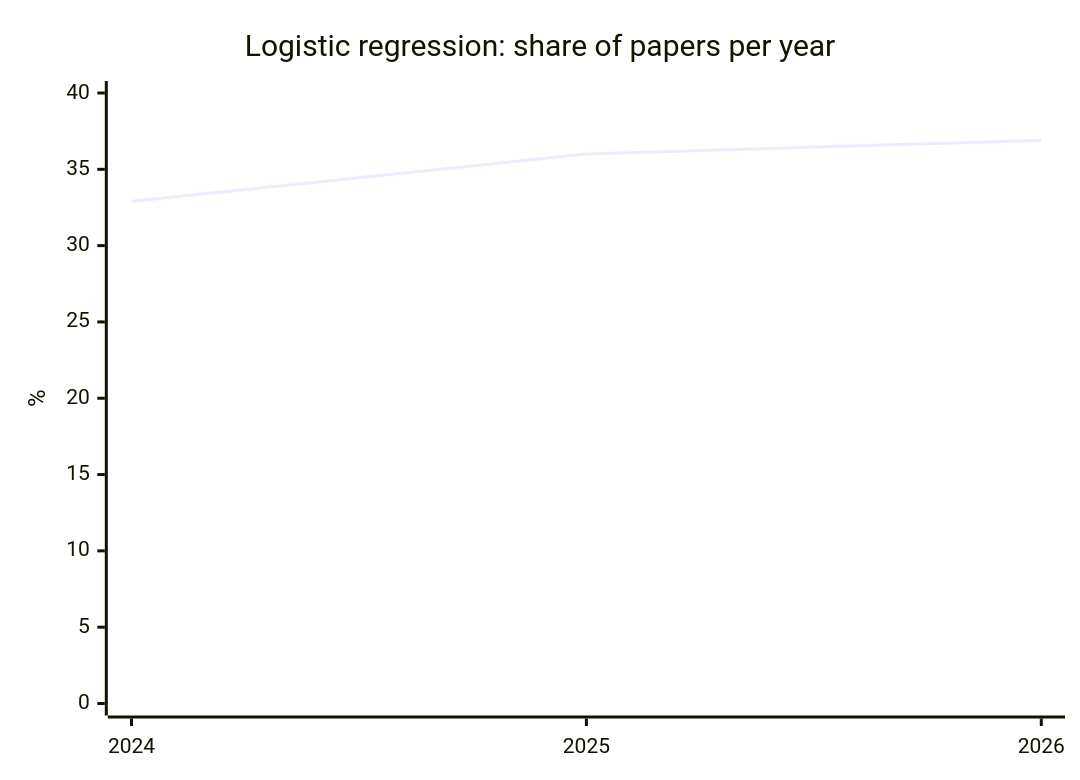
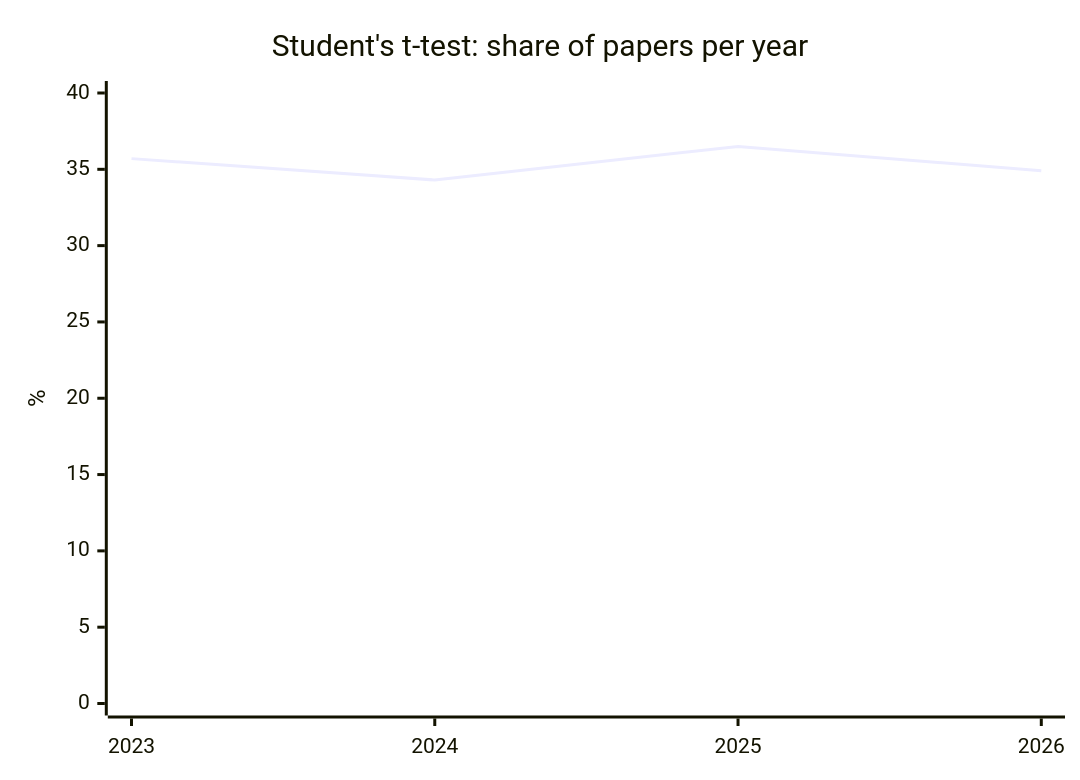
The second of 5 diagrams in literature-watch/reports/overview.md (nfdi4health/datashield-function-ideas), drawn with Mermaid before and after one commit. The commit also changed other lines of this file and 1 other file, not shown here.

````diff
--- a/literature-watch/reports/overview.md
+++ b/literature-watch/reports/overview.md
@@ -60,7 +60,7 @@
 ```mermaid
 xychart-beta
-  title "Logistic regression: share of papers per year"
-  x-axis [2024, 2025, 2026]
+  title "Student's t-test: share of papers per year"
+  x-axis [2023, 2024, 2025, 2026]
   y-axis "%" 0 --> 40
-  line [32.9, 36.0, 36.9]
+  line [35.7, 34.3, 36.5, 34.9]
 ```
````
